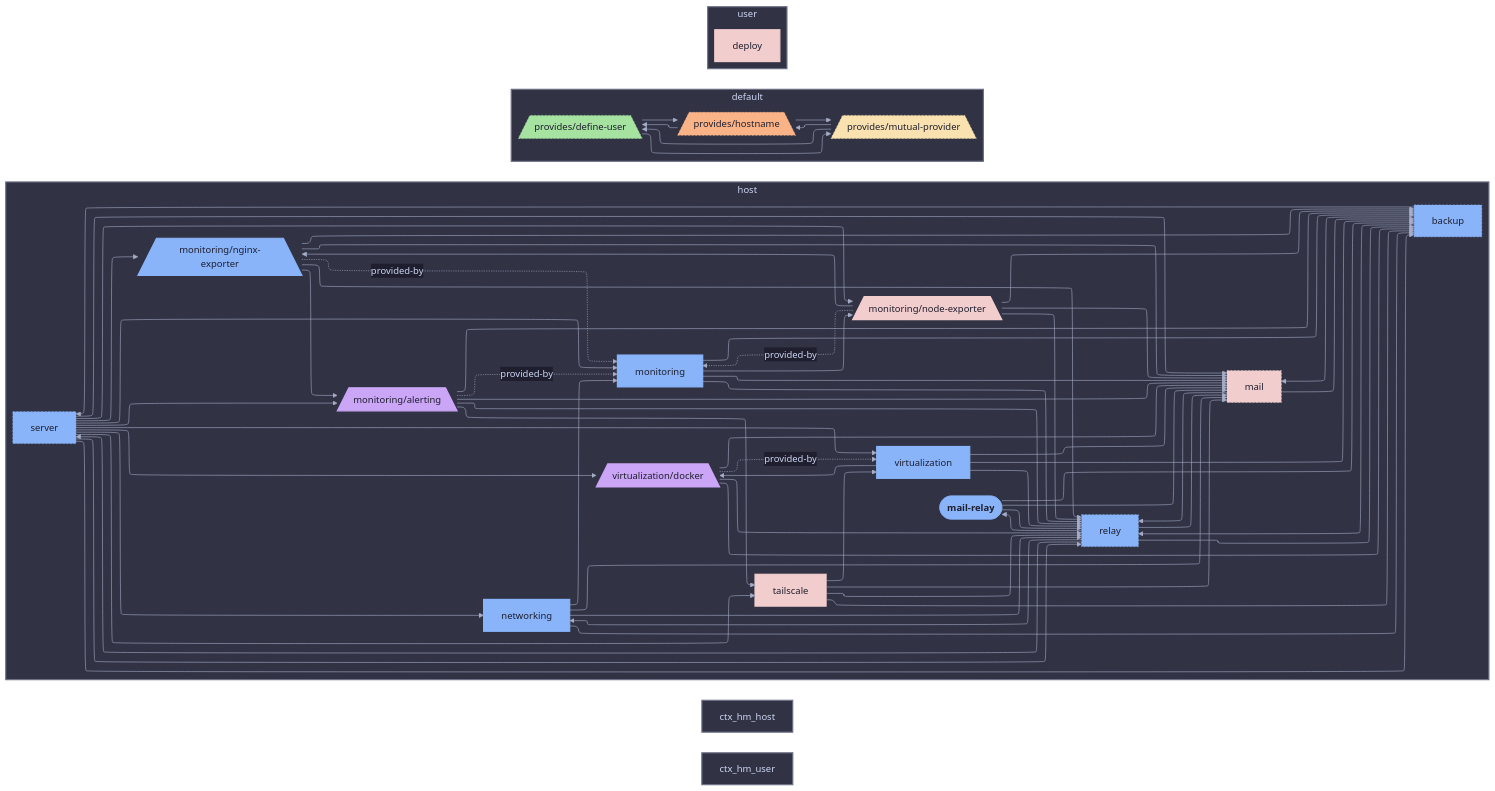
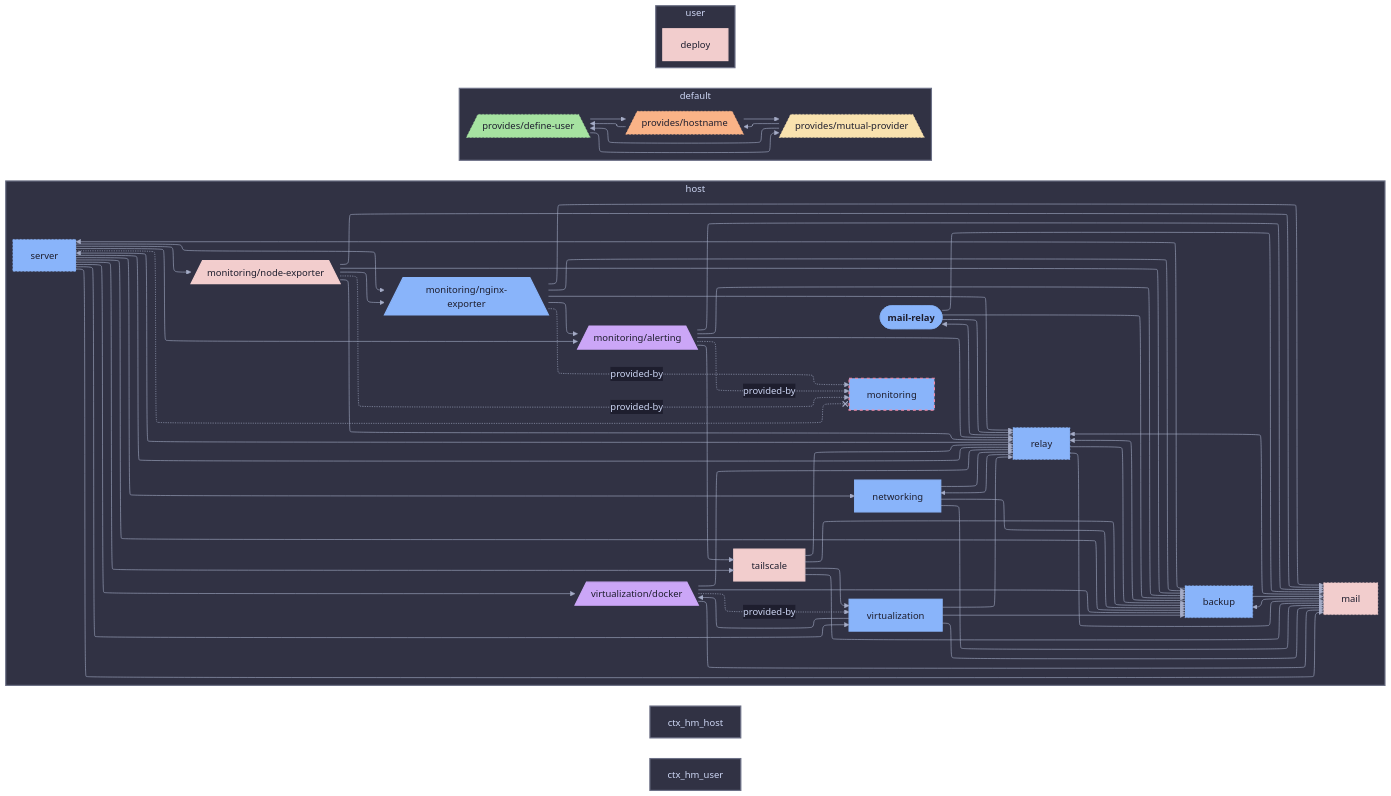
Before and after one commit to sini/den: the diagram in templates/diag-fx-demo/diagrams/mail-relay-has-aspect-hm.md, drawn with Mermaid. The commit also changed 526 other files, not shown here.

Commit message:
chore: update fx diagrams

```diff
--- a/templates/diag-fx-demo/diagrams/mail-relay-has-aspect-hm.md
+++ b/templates/diag-fx-demo/diagrams/mail-relay-has-aspect-hm.md
@@ -25,7 +25,6 @@
   backup --> server
   mail --> backup
   mail_relay --> backup
-  monitoring --> backup
   monitoring__alerting --> backup
   monitoring__nginx_exporter --> backup
   monitoring__node_exporter --> backup
@@ -36,7 +35,6 @@
   virtualization --> backup
   virtualization__docker --> backup
   mail_relay --> mail
-  monitoring --> mail
   monitoring__alerting --> mail
   monitoring__nginx_exporter --> mail
   monitoring__node_exporter --> mail
@@ -48,7 +46,6 @@
   virtualization__docker --> mail
   mail --> relay
   mail_relay --> relay
-  monitoring --> relay
   monitoring__alerting --> relay
   monitoring__nginx_exporter --> relay
   monitoring__node_exporter --> relay
@@ -57,17 +54,15 @@
   tailscale --> relay
   virtualization --> relay
   virtualization__docker --> relay
-  monitoring --> monitoring__node_exporter
   monitoring__alerting --> tailscale
   monitoring__nginx_exporter --> monitoring__alerting
   monitoring__node_exporter --> monitoring__nginx_exporter
-  networking --> monitoring
   relay --> mail_relay
   relay --> networking
   relay --> server
   server --> monitoring__alerting
   server --> virtualization__docker
-  server --> monitoring
+  server -.-x monitoring
   server --> networking
   server --> monitoring__nginx_exporter
   server --> monitoring__node_exporter
@@ -106,7 +101,7 @@
   classDef den__provides__hostname_c fill:#fab387,stroke:#fab387,color:#1e1e2e,stroke-dasharray: 3 3,stroke-width:1px
   classDef mail_c fill:#f2cdcd,stroke:#f2cdcd,color:#1e1e2e,stroke-dasharray: 3 3,stroke-width:1px
   classDef mail_relay_c fill:#cba6f7,stroke:#cba6f7,color:#1e1e2e,stroke-width:3px
-  classDef monitoring_c fill:#89b4fa,stroke:#89b4fa,color:#1e1e2e,stroke-width:2px
+  classDef monitoring_c fill:#89b4fa,stroke:#f38ba8,color:#1e1e2e,stroke-dasharray: 5 5,stroke-width:2px
   classDef den__provides__mutual_provider_c fill:#f9e2af,stroke:#f9e2af,color:#1e1e2e,stroke-dasharray: 3 3,stroke-width:1px
   classDef networking_c fill:#89b4fa,stroke:#89b4fa,color:#1e1e2e,stroke-width:2px
   classDef monitoring__nginx_exporter_c fill:#89b4fa,stroke:#89b4fa,color:#1e1e2e,stroke-width:2px
```
